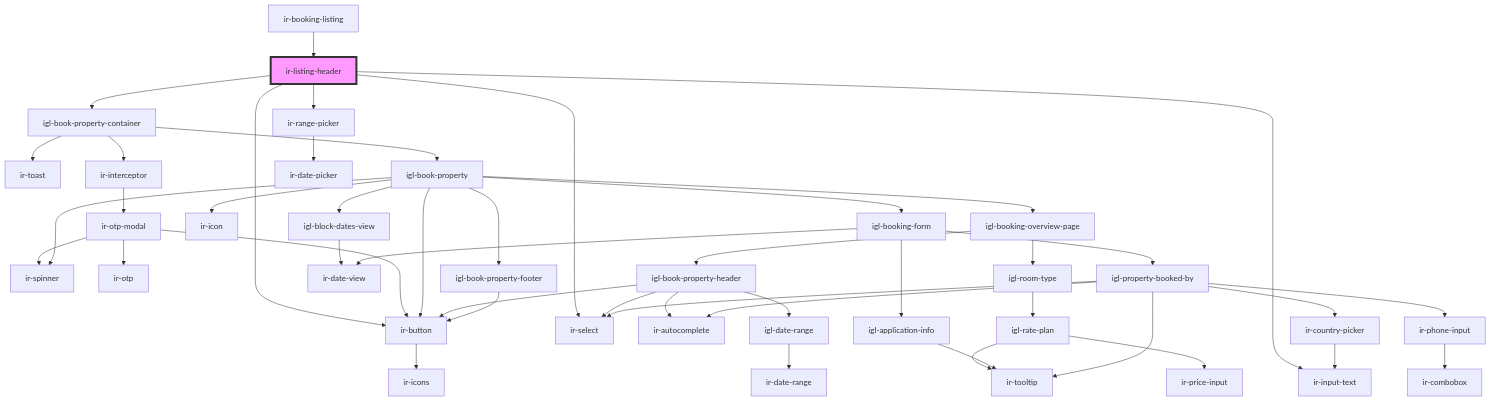
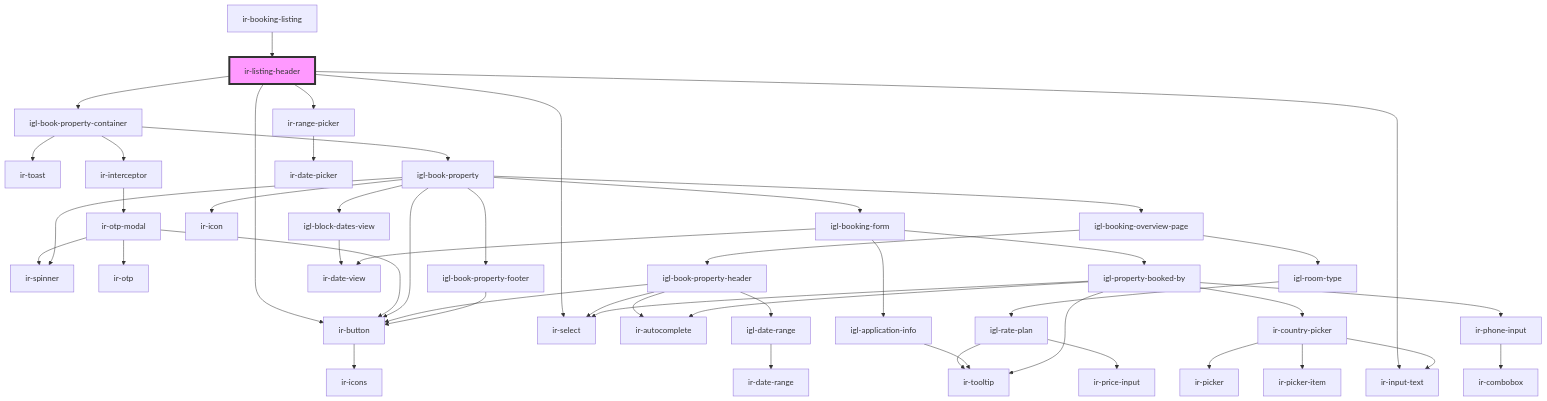
Before and after one commit to David1Chowaifaty/modified-ir-webcmp: the diagram in src/components/ir-booking-listing/ir-listing-header/readme.md, drawn with Mermaid. The commit also changed 77 other files, not shown here.

````diff
--- a/src/components/ir-booking-listing/ir-listing-header/readme.md
+++ b/src/components/ir-booking-listing/ir-listing-header/readme.md
@@ -39,49 +39,51 @@
 ```mermaid
 graph TD;
   ir-listing-header --> igl-book-property-container
   ir-listing-header --> ir-button
   ir-listing-header --> ir-input-text
   ir-listing-header --> ir-select
   ir-listing-header --> ir-range-picker
   igl-book-property-container --> ir-toast
   igl-book-property-container --> ir-interceptor
   igl-book-property-container --> igl-book-property
   ir-interceptor --> ir-otp-modal
   ir-otp-modal --> ir-spinner
   ir-otp-modal --> ir-otp
   ir-otp-modal --> ir-button
   ir-button --> ir-icons
   igl-book-property --> igl-block-dates-view
   igl-book-property --> ir-spinner
   igl-book-property --> ir-icon
   igl-book-property --> igl-booking-overview-page
   igl-book-property --> igl-booking-form
   igl-book-property --> ir-button
   igl-book-property --> igl-book-property-footer
   igl-block-dates-view --> ir-date-view
   igl-booking-overview-page --> igl-book-property-header
   igl-booking-overview-page --> igl-room-type
   igl-book-property-header --> ir-autocomplete
   igl-book-property-header --> ir-select
   igl-book-property-header --> ir-button
   igl-book-property-header --> igl-date-range
   igl-date-range --> ir-date-range
   igl-room-type --> igl-rate-plan
   igl-rate-plan --> ir-tooltip
   igl-rate-plan --> ir-price-input
   igl-booking-form --> ir-date-view
   igl-booking-form --> igl-application-info
   igl-booking-form --> igl-property-booked-by
   igl-application-info --> ir-tooltip
   igl-property-booked-by --> ir-autocomplete
   igl-property-booked-by --> ir-tooltip
   igl-property-booked-by --> ir-country-picker
   igl-property-booked-by --> ir-phone-input
   igl-property-booked-by --> ir-select
+  ir-country-picker --> ir-picker
+  ir-country-picker --> ir-picker-item
   ir-country-picker --> ir-input-text
   ir-phone-input --> ir-combobox
   igl-book-property-footer --> ir-button
   ir-range-picker --> ir-date-picker
   ir-booking-listing --> ir-listing-header
   style ir-listing-header fill:#f9f,stroke:#333,stroke-width:4px
 ```
````
